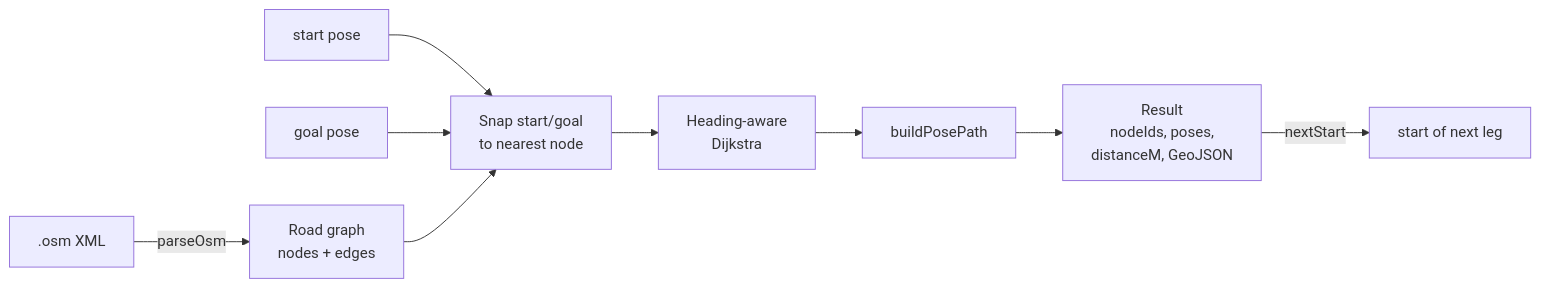
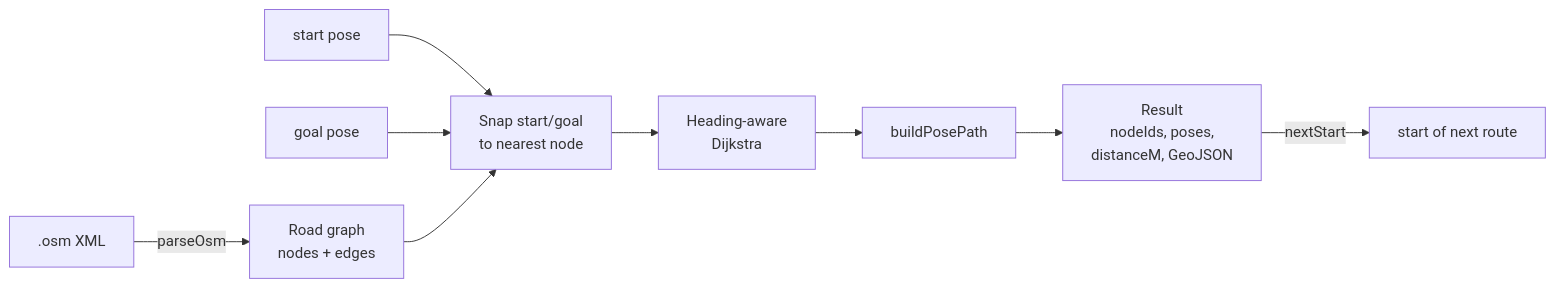
Before and after one commit to AnandOmmi/osm-route-planner: the diagram in docs/HOW_IT_WORKS.md, drawn with Mermaid. The commit also changed other lines of this file and 7 other files, not shown here.

Commit message:
refactor: make nextStart main multi-route API, planMultiRoute optional, improve docs

````diff
--- a/docs/HOW_IT_WORKS.md
+++ b/docs/HOW_IT_WORKS.md
@@ -5,11 +5,11 @@
 ```mermaid
 flowchart LR
   A[.osm XML] -->|parseOsm| B[Road graph<br/>nodes + edges]
   S[start pose] --> C
   G[goal pose] --> C
   B --> C[Snap start/goal<br/>to nearest node]
   C --> D[Heading-aware<br/>Dijkstra]
   D --> E[buildPosePath]
   E --> R[Result<br/>nodeIds, poses,<br/>distanceM, GeoJSON]
-  R -->|nextStart| S2[start of next leg]
+  R -->|nextStart| S2[start of next route]
 ```
````
